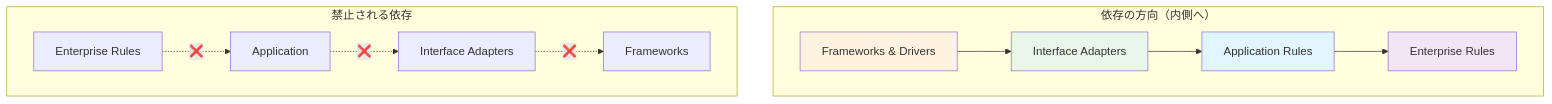
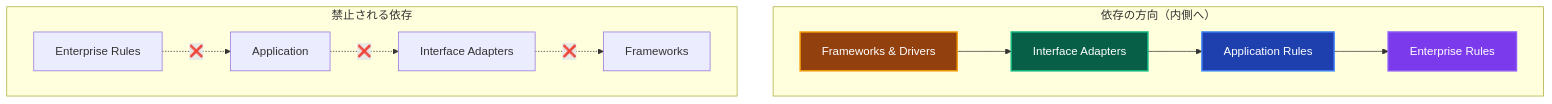
Before and after one commit to derushio/d-next-ddd-example: the seventh of 9 diagrams in _DOCS/guides/ddd/concepts/clean-architecture.md, drawn with Mermaid. The commit also changed other lines of this file and 31 other files, not shown here.

Commit message:
🎨: DOCSのMermaid図表カラーテーマを暗色に統一し視認性を向上

````diff
--- a/_DOCS/guides/ddd/concepts/clean-architecture.md
+++ b/_DOCS/guides/ddd/concepts/clean-architecture.md
@@ -247,19 +247,19 @@
 ```mermaid
 graph TB
     subgraph "依存の方向（内側へ）"
         F[Frameworks & Drivers] --> I[Interface Adapters]
         I --> A[Application Rules]
         A --> E[Enterprise Rules]
     end
     
     subgraph "禁止される依存"
         E2[Enterprise Rules] -.->|❌| A2[Application]
         A2 -.->|❌| I2[Interface Adapters]
         I2 -.->|❌| F2[Frameworks]
     end
     
-    style F fill:#fff3e0
-    style I fill:#e8f5e8
-    style A fill:#e1f5fe
-    style E fill:#f3e5f5
+    style F fill:#92400e,stroke:#f59e0b,stroke-width:2px,color:#ffffff
+    style I fill:#065f46,stroke:#10b981,stroke-width:2px,color:#ffffff
+    style A fill:#1e40af,stroke:#3b82f6,stroke-width:2px,color:#ffffff
+    style E fill:#7c3aed,stroke:#8b5cf6,stroke-width:2px,color:#ffffff
 ```
````
